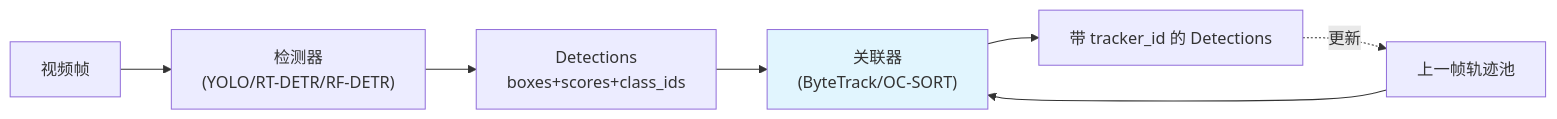
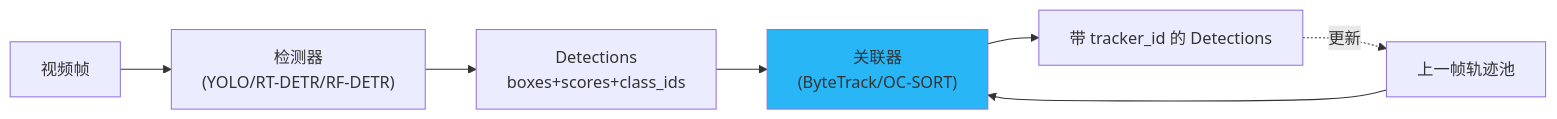
One commit to yyq19990828/onnxtools changed the third of 9 diagrams in docs/guides/tracking/index.md. Above: the diagram before and after it, drawn with Mermaid. The commit also changed other lines of this file and 12 other files, not shown here.

First line of the commit message:
fix(docs): 修复 mermaid 暗色模式配色 + 语法报错 + 数学公式渲染

````diff
--- a/docs/guides/tracking/index.md
+++ b/docs/guides/tracking/index.md
@@ -103,10 +103,10 @@
 ```mermaid
 graph LR
     V[视频帧] --> DET["检测器<br/>(YOLO/RT-DETR/RF-DETR)"]
     DET --> BOX["Detections<br/>boxes+scores+class_ids"]
     BOX --> TRK["关联器<br/>(ByteTrack/OC-SORT)"]
     PREV["上一帧轨迹池"] --> TRK
     TRK --> OUT["带 tracker_id 的 Detections"]
     OUT -.更新.-> PREV
-    style TRK fill:#e1f5fe
+    style TRK fill:#29b6f6
 ```
````
